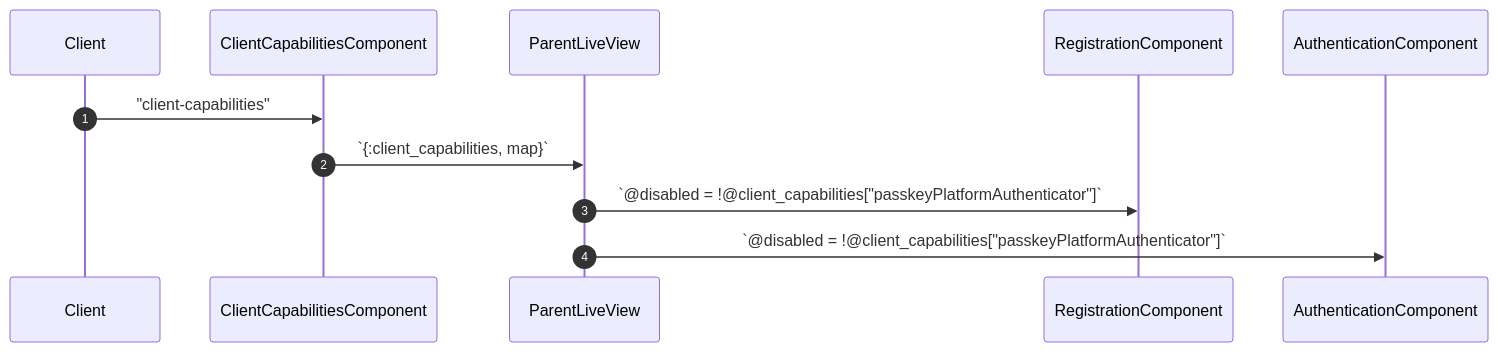
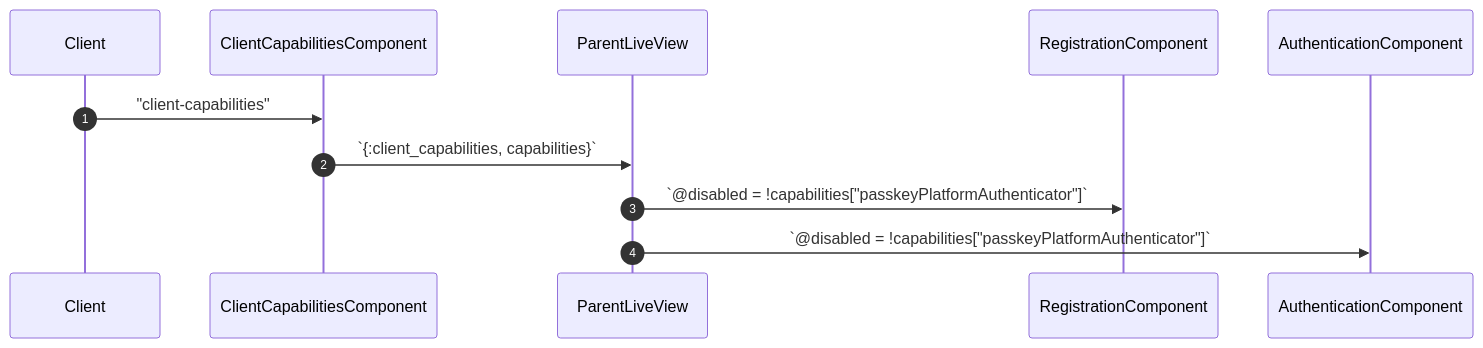
The first of 3 diagrams in webauthn_flows.md (liveshowy/webauthn_components), drawn with Mermaid before and after one commit. The commit also changed other lines of this file and 20 other files, not shown here.

````diff
--- a/webauthn_flows.md
+++ b/webauthn_flows.md
@@ -18,14 +12,14 @@
 ```mermaid
 sequenceDiagram
    autonumber
    participant Client
    participant ClientCapabilitiesComponent
    participant ParentLiveView
    participant RegistrationComponent
    participant AuthenticationComponent
 
    Client->>ClientCapabilitiesComponent: "client-capabilities"
-   ClientCapabilitiesComponent->>ParentLiveView: `{:client_capabilities, map}`
-   ParentLiveView->>RegistrationComponent: `@disabled = !@client_capabilities["passkeyPlatformAuthenticator"]`
-   ParentLiveView->>AuthenticationComponent: `@disabled = !@client_capabilities["passkeyPlatformAuthenticator"]`
+   ClientCapabilitiesComponent->>ParentLiveView: `{:client_capabilities, capabilities}`
+   ParentLiveView->>RegistrationComponent: `@disabled = !capabilities["passkeyPlatformAuthenticator"]`
+   ParentLiveView->>AuthenticationComponent: `@disabled = !capabilities["passkeyPlatformAuthenticator"]`
 ```
````
